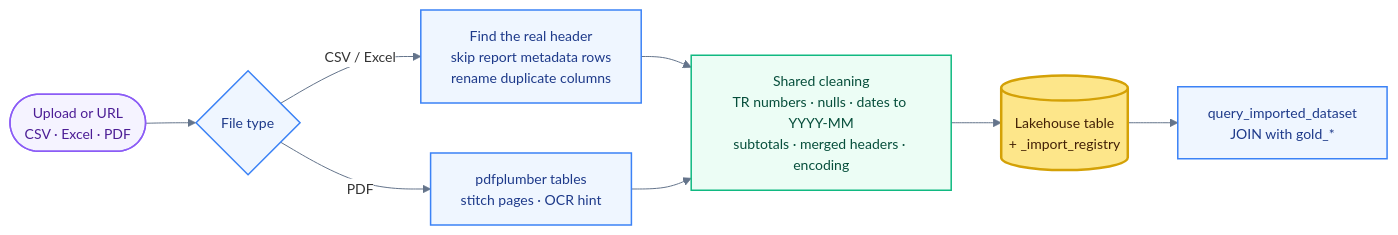
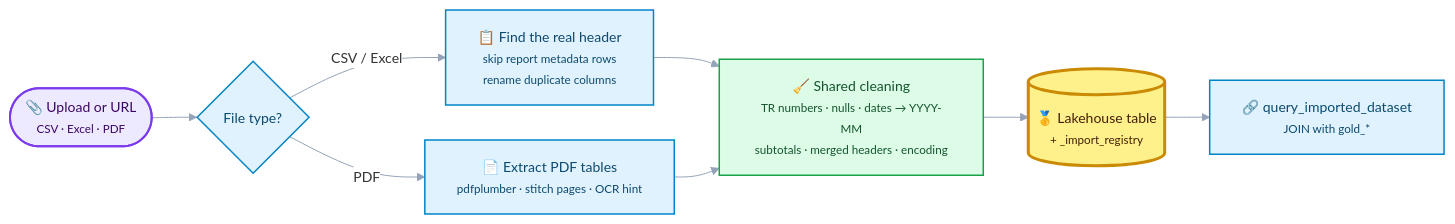
The fourth of 4 diagrams in README.md (berataydemirr/albert-long-nodes-kkb-hackathon), drawn with Mermaid before and after one commit. The commit also changed other lines of this file, not shown here.

Commit message:
update readme with diagrams

````diff
--- a/README.md
+++ b/README.md
@@ -352,21 +224,21 @@
 ```mermaid
-%%{init: {"theme": "base", "themeVariables": {"fontFamily": "Segoe UI, Helvetica, Arial, sans-serif", "fontSize": "14px", "lineColor": "#64748b", "edgeLabelBackground": "#ffffff"}}}%%
+%%{init: {"theme": "base", "themeVariables": {"fontFamily": "Inter, Segoe UI, Helvetica, Arial, sans-serif", "fontSize": "14px", "lineColor": "#94a3b8", "edgeLabelBackground": "#ffffff"}, "flowchart": {"curve": "basis", "nodeSpacing": 35, "rankSpacing": 45, "padding": 16}}}%%
 flowchart LR
-  classDef io    fill:#f5f3ff,stroke:#8b5cf6,stroke-width:1.5px,color:#4c1d95
-  classDef step  fill:#eff6ff,stroke:#3b82f6,stroke-width:1.5px,color:#1e3a8a
-  classDef clean fill:#ecfdf5,stroke:#10b981,stroke-width:1.5px,color:#064e3b
-  classDef gold  fill:#fde68a,stroke:#d4a106,stroke-width:2.5px,color:#422006
+  classDef io    fill:#ede9fe,stroke:#7c3aed,stroke-width:2px,color:#3b0764
+  classDef step  fill:#e0f2fe,stroke:#0284c7,stroke-width:1.5px,color:#0c4a6e
+  classDef clean fill:#dcfce7,stroke:#16a34a,stroke-width:1.5px,color:#14532d
+  classDef gold  fill:#fef08a,stroke:#ca8a04,stroke-width:3px,color:#422006
 
-  f(["Upload or URL<br/>CSV · Excel · PDF"]):::io
-  k{"File type"}:::step
-  h["Find the real header<br/>skip report metadata rows<br/>rename duplicate columns"]:::step
-  p["pdfplumber tables<br/>stitch pages · OCR hint"]:::step
-  c["Shared cleaning<br/>TR numbers · nulls · dates to YYYY-MM<br/>subtotals · merged headers · encoding"]:::clean
-  w[("Lakehouse table<br/>+ _import_registry")]:::gold
-  q["query_imported_dataset<br/>JOIN with gold_*"]:::step
+  f(["📎 Upload or URL<br/><small>CSV · Excel · PDF</small>"]):::io
+  k{"File type?"}:::step
+  h["📋 Find the real header<br/><small>skip report metadata rows<br/>rename duplicate columns</small>"]:::step
+  p["📄 Extract PDF tables<br/><small>pdfplumber · stitch pages · OCR hint</small>"]:::step
+  c["🧹 Shared cleaning<br/><small>TR numbers · nulls · dates → YYYY-MM<br/>subtotals · merged headers · encoding</small>"]:::clean
+  w[("🥇 Lakehouse table<br/><small>+ _import_registry</small>")]:::gold
+  q["🔗 query_imported_dataset<br/><small>JOIN with gold_*</small>"]:::step
 
   f --> k
   k -- "CSV / Excel" --> h --> c
   k -- "PDF" --> p --> c
   c --> w --> q
 ```
````
